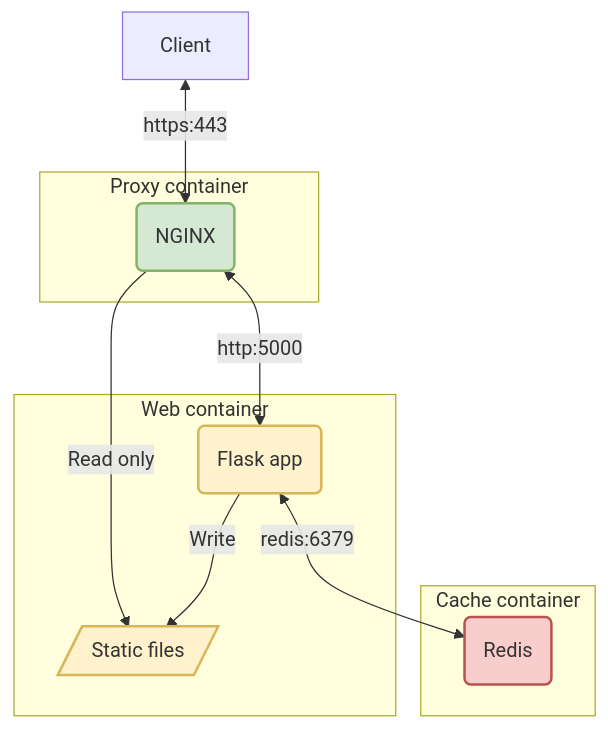
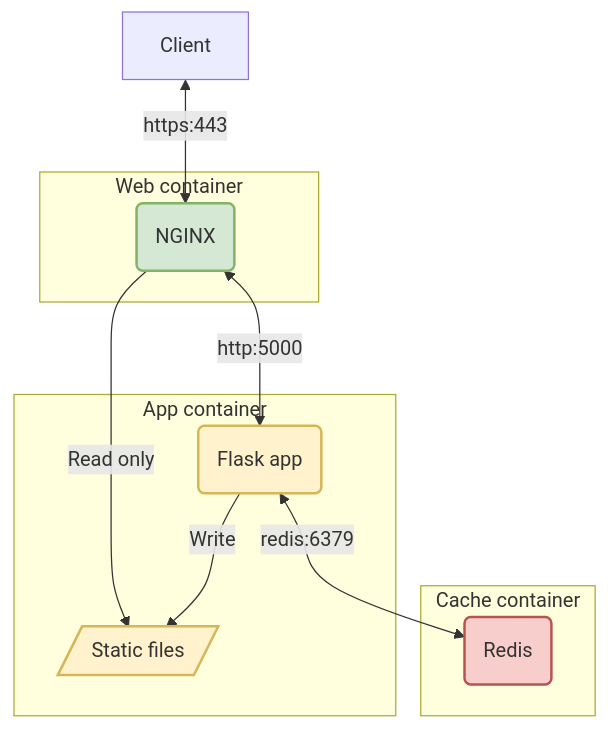
Before and after one commit to LandRegistry/govuk-frontend-flask: the diagram in README.md, drawn with Mermaid. The commit also changed 17 other files, not shown here.

Commit message:
build assets in web container

````diff
--- a/README.md
+++ b/README.md
@@ -72,30 +72,30 @@
 ```mermaid
 flowchart TB
     cache1(Redis):::CACHE
     Client
     prox1(NGINX):::PROXY
     web1(Flask app):::WEB
     web2[/Static files/]:::WEB
 
     Client <-- https:443 --> prox1 <-- http:5000 --> web1
     prox1 -- Read only --> web2
     web1 -- Write --> web2
     web1 <-- redis:6379 --> cache1
 
-    subgraph Proxy container
+    subgraph Web container
         prox1
     end
 
-    subgraph Web container
+    subgraph App container
         web1
         web2
     end
 
     subgraph Cache container
         cache1
     end
 
     classDef CACHE fill:#F8CECC,stroke:#B85450,stroke-width:2px
     classDef PROXY fill:#D5E8D4,stroke:#82B366,stroke-width:2px
     classDef WEB fill:#FFF2CC,stroke:#D6B656,stroke-width:2px
 ```
````
